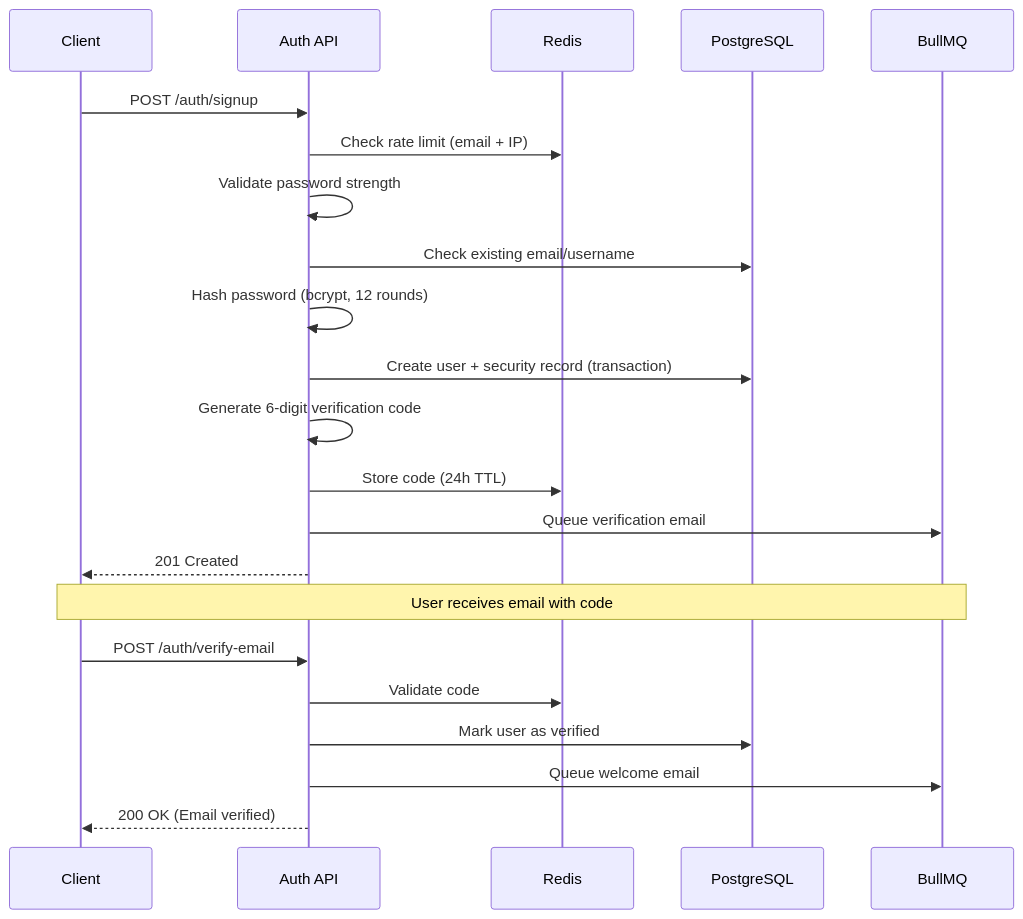
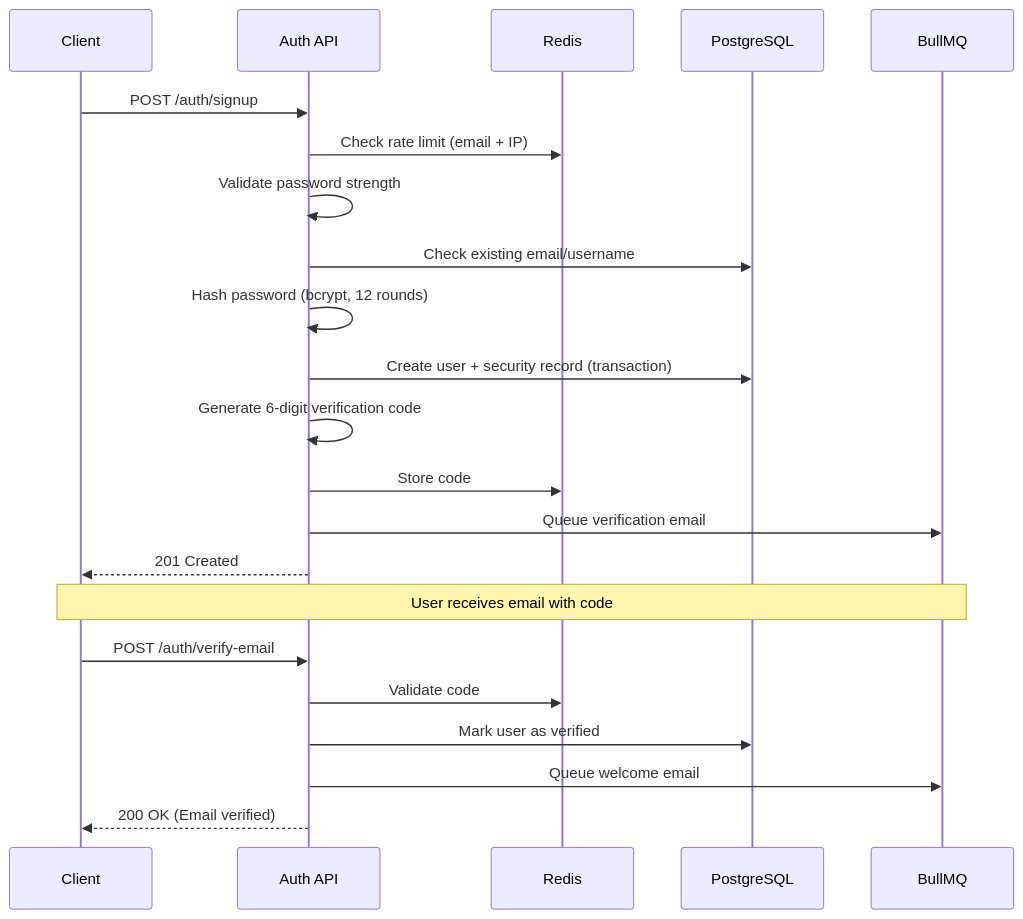
The first of 7 diagrams in README.md (FSDTeam-SAA/ionutadrian91-backend), drawn with Mermaid before and after one commit. The commit also changed other lines of this file, not shown here.

Commit message:
docs: update general architecture overview with detailed Google OAuth and Auth Guard flow diagrams, and add Prisma client generation instructions.

````diff
--- a/README.md
+++ b/README.md
@@ -394,27 +347,27 @@
 ```mermaid
 sequenceDiagram
     participant C as Client
     participant A as Auth API
     participant R as Redis
     participant DB as PostgreSQL
     participant Q as BullMQ
 
     C->>A: POST /auth/signup
     A->>R: Check rate limit (email + IP)
     A->>A: Validate password strength
     A->>DB: Check existing email/username
     A->>A: Hash password (bcrypt, 12 rounds)
     A->>DB: Create user + security record (transaction)
     A->>A: Generate 6-digit verification code
-    A->>R: Store code (24h TTL)
+    A->>R: Store code
     A->>Q: Queue verification email
     A-->>C: 201 Created
     
     Note over C,Q: User receives email with code
 
     C->>A: POST /auth/verify-email
     A->>R: Validate code
     A->>DB: Mark user as verified
     A->>Q: Queue welcome email
     A-->>C: 200 OK (Email verified)
 ```
````
